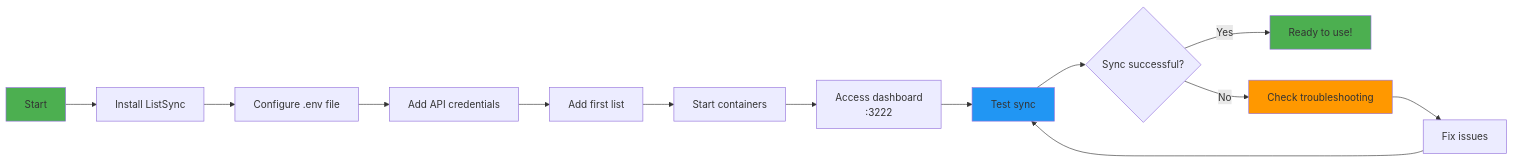
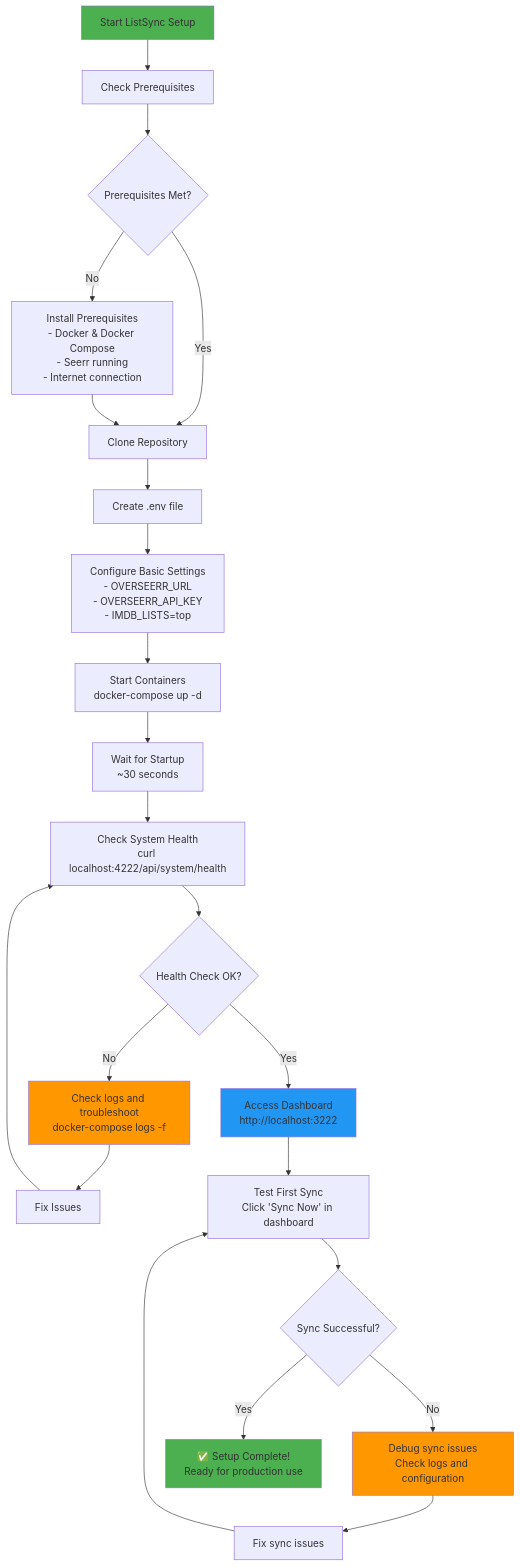
One commit to martynvdijke/listsync changed the first of 5 diagrams in docs/user-guide.md. Above: the diagram before and after it, drawn with Mermaid. The commit also changed other lines of this file and 21 other files, not shown here.

````diff
--- a/docs/user-guide.md
+++ b/docs/user-guide.md
@@ -20,20 +21,36 @@
 ```mermaid
-flowchart LR
-    A[Start] --> B[Install ListSync]
-    B --> C[Configure .env file]
-    C --> D[Add API credentials]
-    D --> E[Add first list]
-    E --> F[Start containers]
-    F --> G[Access dashboard<br/>:3222]
-    G --> H[Test sync]
-    H --> I{Sync successful?}
-    I -->|Yes| J[Ready to use!]
-    I -->|No| K[Check troubleshooting]
-    K --> L[Fix issues]
-    L --> H
+flowchart TD
+    Start[Start ListSync Setup] --> CheckReq[Check Prerequisites]
+    CheckReq --> Prereq{Prerequisites Met?}
+    Prereq -->|No| InstallReq[Install Prerequisites<br/>- Docker & Docker Compose<br/>- Seerr running<br/>- Internet connection]
+    Prereq -->|Yes| CloneRepo[Clone Repository]
     
-    style A fill:#4CAF50
-    style J fill:#4CAF50
-    style K fill:#FF9800
-    style H fill:#2196F3
+    InstallReq --> CloneRepo
+    CloneRepo --> CreateEnv[Create .env file]
+    CreateEnv --> ConfigBasic[Configure Basic Settings<br/>- OVERSEERR_URL<br/>- OVERSEERR_API_KEY<br/>- IMDB_LISTS=top]
+    
+    ConfigBasic --> StartContainers[Start Containers<br/>docker-compose up -d]
+    StartContainers --> WaitStart[Wait for Startup<br/>~30 seconds]
+    WaitStart --> CheckHealth[Check System Health<br/>curl localhost:4222/api/system/health]
+    
+    CheckHealth --> HealthOK{Health Check OK?}
+    HealthOK -->|No| Troubleshoot[Check logs and troubleshoot<br/>docker-compose logs -f]
+    HealthOK -->|Yes| AccessDashboard[Access Dashboard<br/>http://localhost:3222]
+    
+    Troubleshoot --> FixIssues[Fix Issues]
+    FixIssues --> CheckHealth
+    
+    AccessDashboard --> TestSync[Test First Sync<br/>Click 'Sync Now' in dashboard]
+    TestSync --> SyncOK{Sync Successful?}
+    SyncOK -->|No| DebugSync[Debug sync issues<br/>Check logs and configuration]
+    SyncOK -->|Yes| SetupComplete[✅ Setup Complete!<br/>Ready for production use]
+    
+    DebugSync --> FixSync[Fix sync issues]
+    FixSync --> TestSync
+    
+    style Start fill:#4CAF50
+    style SetupComplete fill:#4CAF50
+    style Troubleshoot fill:#FF9800
+    style DebugSync fill:#FF9800
+    style AccessDashboard fill:#2196F3
 ```
````
